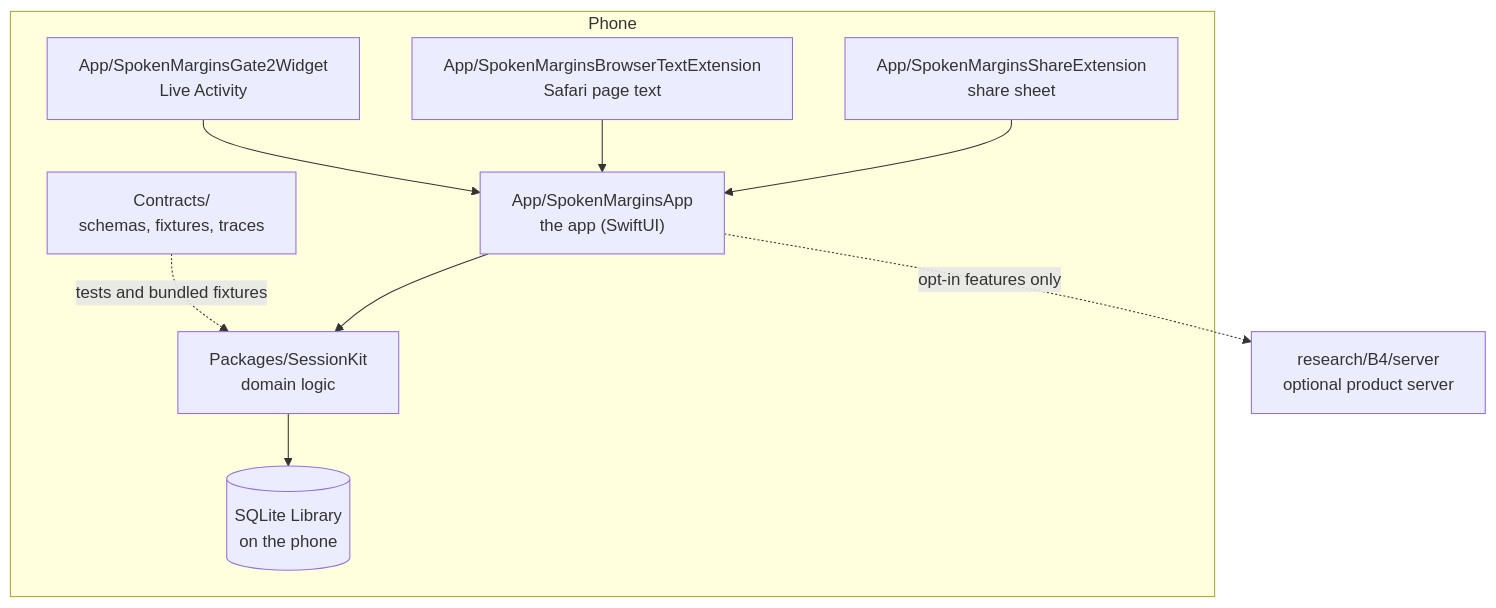
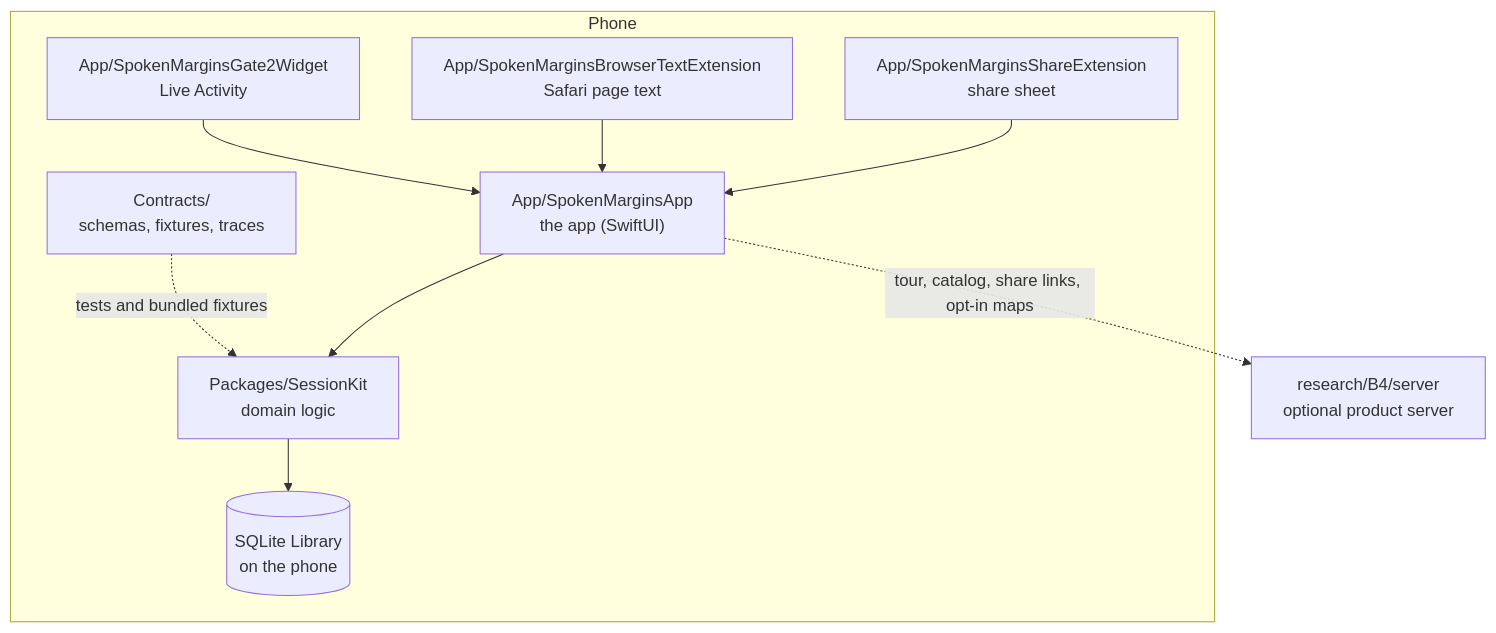
The diagram in docs/overview/architecture.md (Spoken-Margins/spoken-margins-native), drawn with Mermaid before and after one commit. The commit also changed other lines of this file and 2 other files, not shown here.

````diff
--- a/docs/overview/architecture.md
+++ b/docs/overview/architecture.md
@@ -5,20 +5,20 @@
 ```mermaid
 flowchart TD
     subgraph Phone
         App["App/SpokenMarginsApp<br/>the app (SwiftUI)"]
         Share["App/SpokenMarginsShareExtension<br/>share sheet"]
         Safari["App/SpokenMarginsBrowserTextExtension<br/>Safari page text"]
         Widget["App/SpokenMarginsGate2Widget<br/>Live Activity"]
         Kit["Packages/SessionKit<br/>domain logic"]
         DB[("SQLite Library<br/>on the phone")]
         Contracts["Contracts/<br/>schemas, fixtures, traces"]
     end
     Server["research/B4/server<br/>optional product server"]
     Share --> App
     Safari --> App
     Widget --> App
     App --> Kit
     Kit --> DB
     Contracts -. "tests and bundled fixtures" .-> Kit
-    App -. "opt-in features only" .-> Server
+    App -. "tour, catalog, share links, opt-in maps" .-> Server
 ```
````
